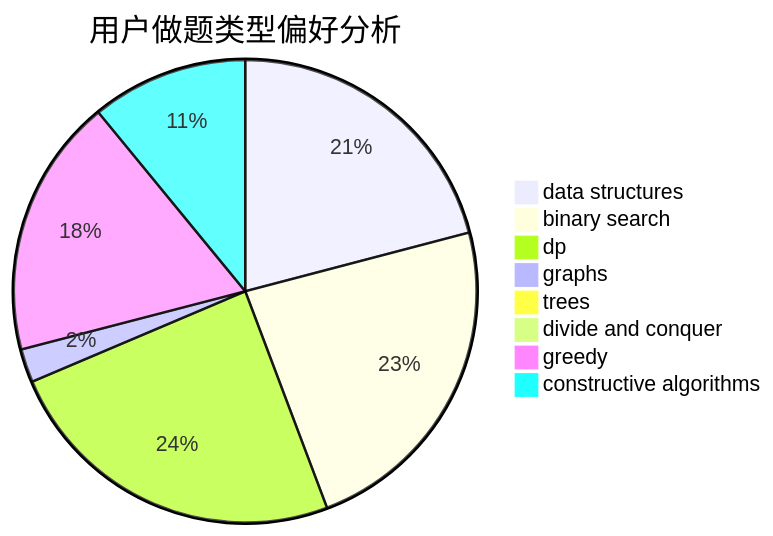
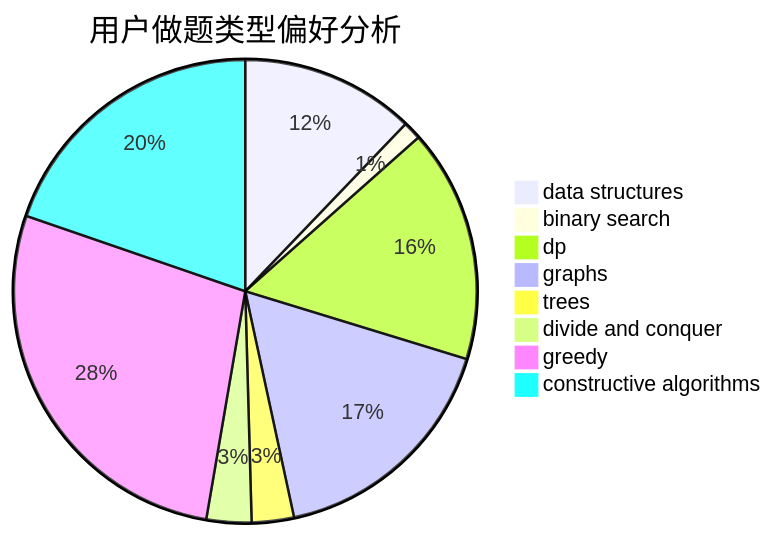
Before and after one commit to sherpahu/cfrs.github.io: the second of 3 diagrams in docs/user/u146.md, drawn with Mermaid. The commit also changed other lines of this file and 2770 other files, not shown here.

````diff
--- a/docs/user/u146.md
+++ b/docs/user/u146.md
@@ -23,11 +23,11 @@
 ```mermaid
 pie title 用户做题类型偏好分析
-    "data structures" :  304
-    "binary search" :  339
-    "dp" :  354
-    "graphs" :  34
-    "trees" :  12
-    "divide and conquer" :  8
-    "greedy" :  263
-    "constructive algorithms" :  159
+    "data structures" :  124
+    "binary search" :  13
+    "dp" :  166
+    "graphs" :  172
+    "trees" :  30
+    "divide and conquer" :  32
+    "greedy" :  281
+    "constructive algorithms" :  201
 ```
````
